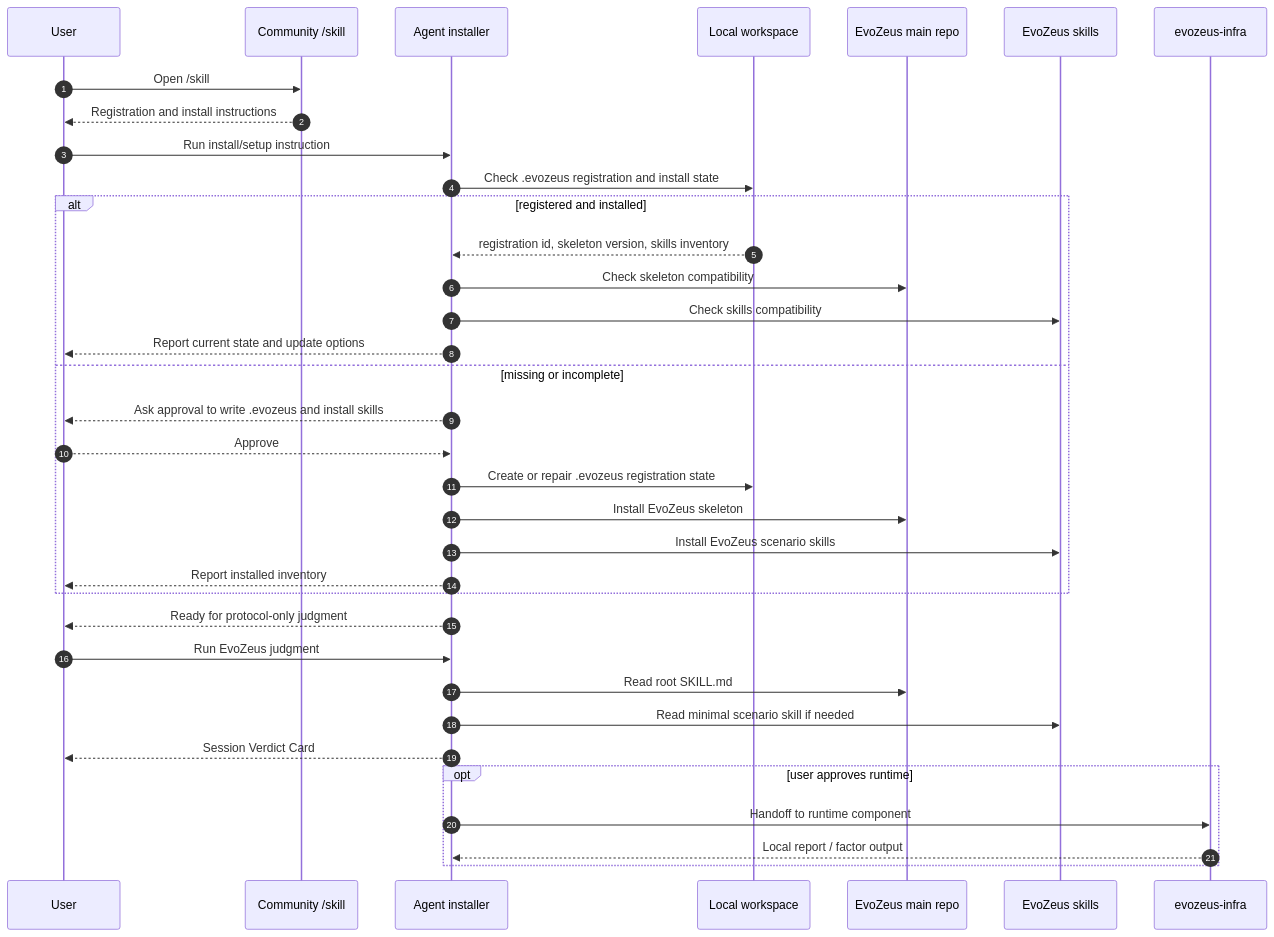
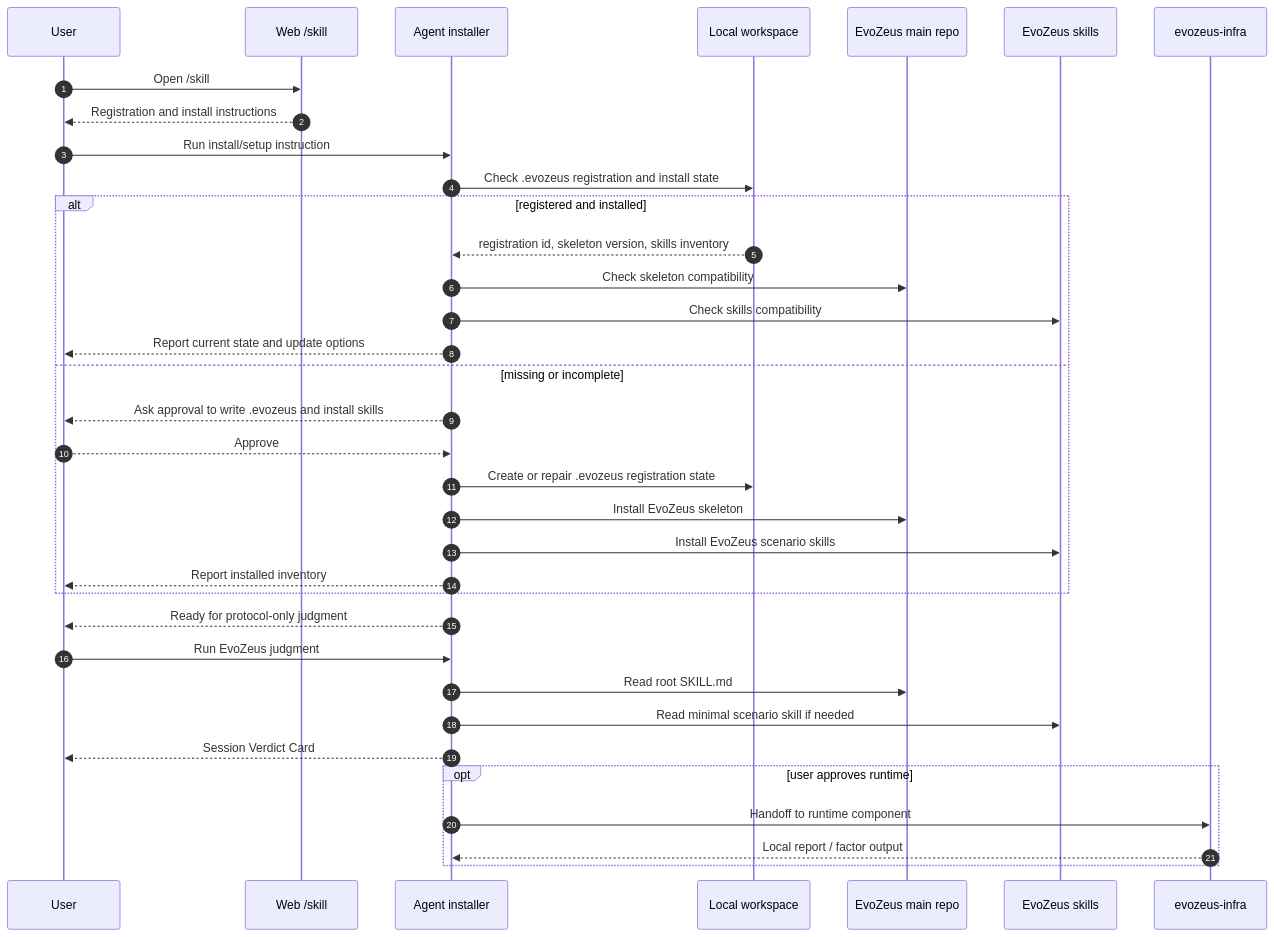
One commit to MetaInFLow/EvoZeus-MegaRepo changed the diagram in 00-global/evozeus-skill-system-design.md. Above: the diagram before and after it, drawn with Mermaid. The commit also changed other lines of this file and 26 other files, not shown here.

````diff
--- a/00-global/evozeus-skill-system-design.md
+++ b/00-global/evozeus-skill-system-design.md
@@ -68,41 +68,41 @@
 ```mermaid
 sequenceDiagram
   autonumber
   participant User
-  participant Community as Community /skill
+  participant Web as Web /skill
   participant Installer as Agent installer
   participant Local as Local workspace
   participant Main as EvoZeus main repo
   participant Skills as EvoZeus skills
   participant Runtime as evozeus-infra
 
-  User->>Community: Open /skill
-  Community-->>User: Registration and install instructions
+  User->>Web: Open /skill
+  Web-->>User: Registration and install instructions
   User->>Installer: Run install/setup instruction
   Installer->>Local: Check .evozeus registration and install state
 
   alt registered and installed
     Local-->>Installer: registration id, skeleton version, skills inventory
     Installer->>Main: Check skeleton compatibility
     Installer->>Skills: Check skills compatibility
     Installer-->>User: Report current state and update options
   else missing or incomplete
     Installer-->>User: Ask approval to write .evozeus and install skills
     User-->>Installer: Approve
     Installer->>Local: Create or repair .evozeus registration state
     Installer->>Main: Install EvoZeus skeleton
     Installer->>Skills: Install EvoZeus scenario skills
     Installer-->>User: Report installed inventory
   end
 
   Installer-->>User: Ready for protocol-only judgment
   User->>Installer: Run EvoZeus judgment
   Installer->>Main: Read root SKILL.md
   Installer->>Skills: Read minimal scenario skill if needed
   Installer-->>User: Session Verdict Card
 
   opt user approves runtime
     Installer->>Runtime: Handoff to runtime component
     Runtime-->>Installer: Local report / factor output
   end
 ```
````
